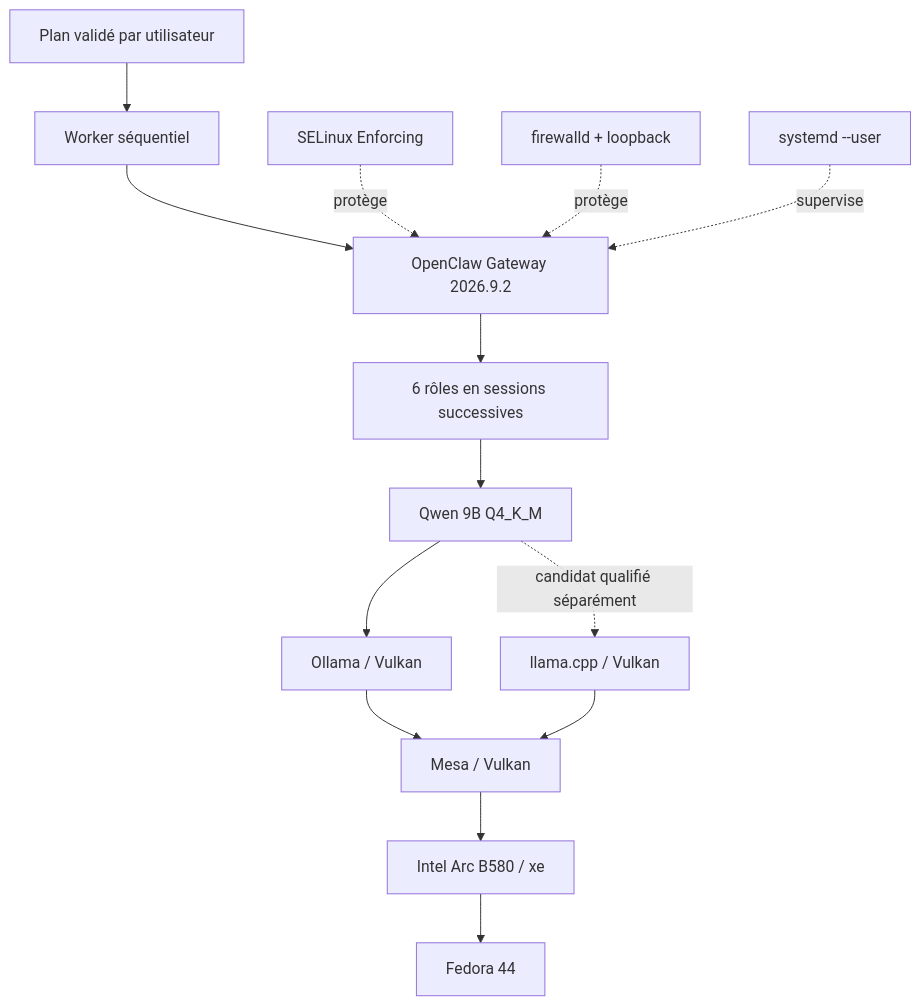
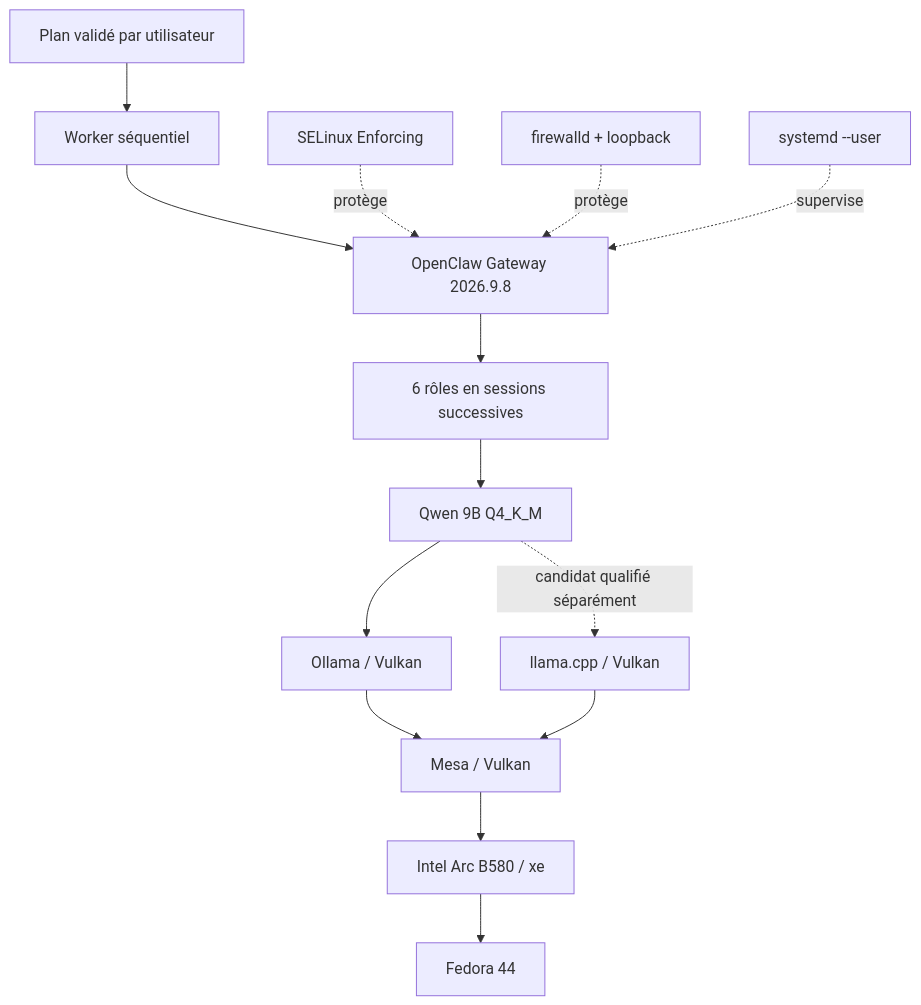
Before and after one commit to mathiasseguincadiche/OPENCLAW_LOCAL_FEDORA: the diagram in README.md, drawn with Mermaid. The commit also changed other lines of this file and 52 other files, not shown here.

First line of the commit message:
Ajouter l’atelier local et migrer OpenClaw 2026.9.8 / Ollama 0.35.1 (#19)

````diff
--- a/README.md
+++ b/README.md
@@ -51,17 +53,17 @@
 ```mermaid
 flowchart TD
     U[Plan validé par utilisateur] --> W1[Worker séquentiel]
-    W1 --> G[OpenClaw Gateway 2026.9.2]
+    W1 --> G[OpenClaw Gateway 2026.9.8]
     G --> A[6 rôles en sessions successives]
     A --> M[Qwen 9B Q4_K_M]
     M --> O[Ollama / Vulkan]
     M -. candidat qualifié séparément .-> L[llama.cpp / Vulkan]
     O --> V[Mesa / Vulkan]
     L --> V
     V --> X[Intel Arc B580 / xe]
     X --> F[Fedora 44]
 
     S[SELinux Enforcing] -. protège .-> G
     W[firewalld + loopback] -. protège .-> G
     Y[systemd --user] -. supervise .-> G
 ```
````
